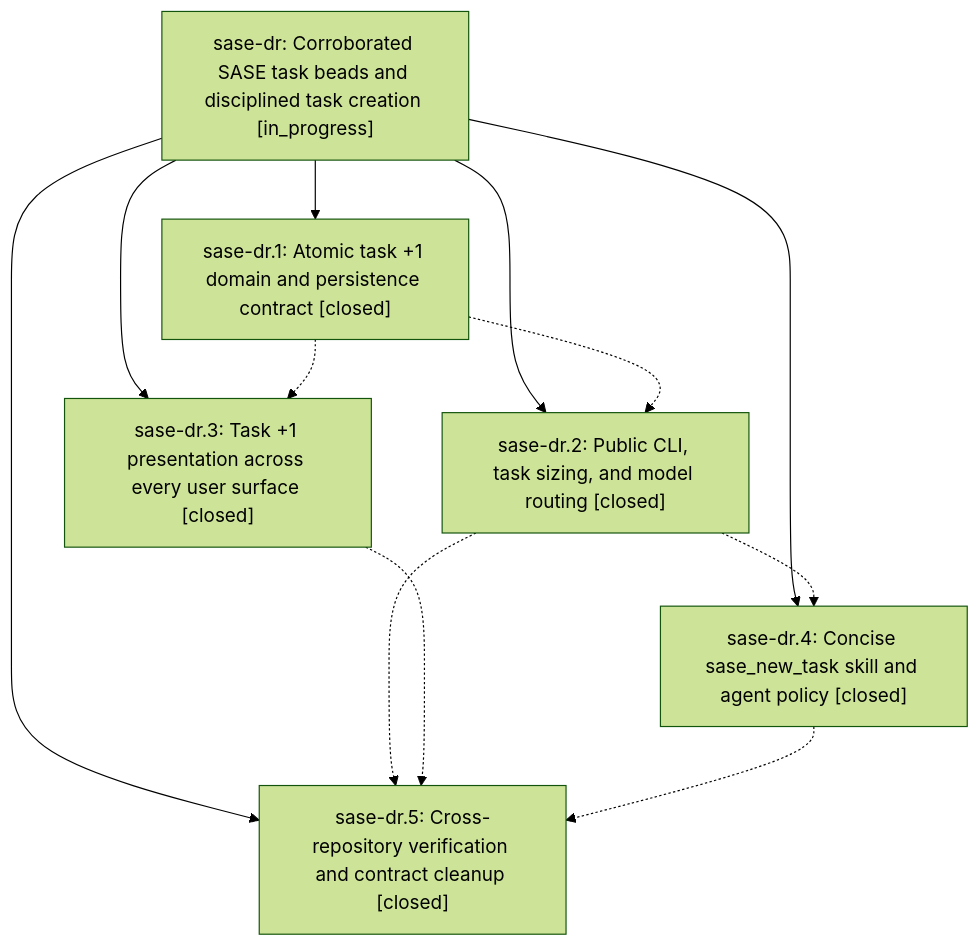
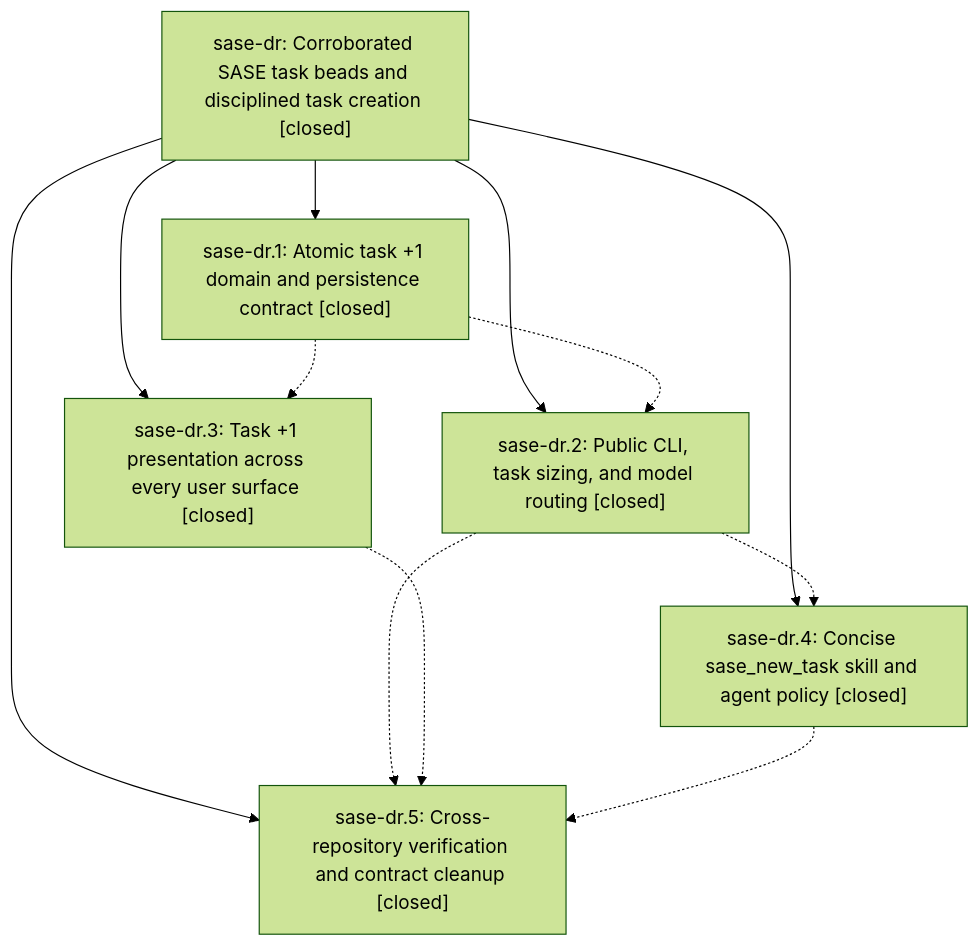
Before and after one commit to sase-org/sase--beads: the diagram in pages/sase-dr/README.md, drawn with Mermaid (forest theme). The commit also changed other lines of this file, not shown here.

First line of the commit message:
chore(beads): sync bead state and pages for sase-dr

````diff
--- a/pages/sase-dr/README.md
+++ b/pages/sase-dr/README.md
@@ -26,20 +32,20 @@
 ```mermaid
 flowchart TD
-    n0["sase-dr: Corroborated SASE task beads and disciplined task creation [in_progress]"]
+    n0["sase-dr: Corroborated SASE task beads and disciplined task creation [closed]"]
     n1["sase-dr.1: Atomic task +1 domain and persistence contract [closed]"]
     n2["sase-dr.2: Public CLI, task sizing, and model routing [closed]"]
     n3["sase-dr.3: Task +1 presentation across every user surface [closed]"]
     n4["sase-dr.4: Concise sase_new_task skill and agent policy [closed]"]
     n5["sase-dr.5: Cross-repository verification and contract cleanup [closed]"]
     n0 --> n1
     n0 --> n2
     n0 --> n3
     n0 --> n4
     n0 --> n5
     n1 -.-> n2
     n1 -.-> n3
     n2 -.-> n4
     n2 -.-> n5
     n3 -.-> n5
     n4 -.-> n5
 ```
````
